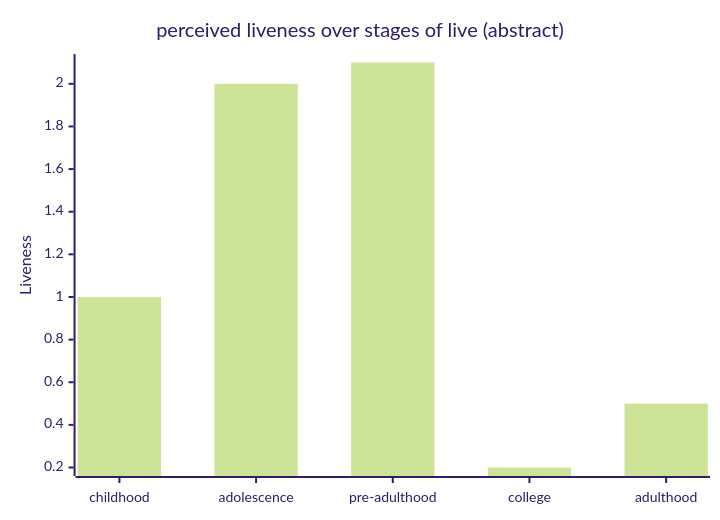
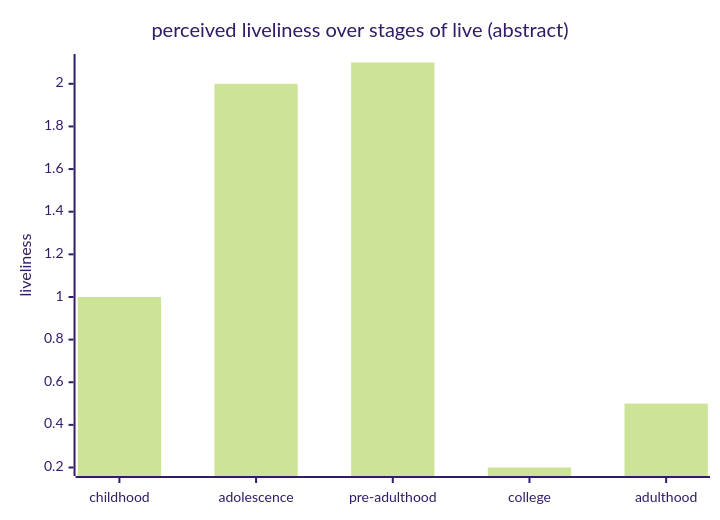
The first of 2 diagrams in content/posts/possible-solution-for-boredom.md (brightprogrammer/brightprogrammer.github.io), drawn with Mermaid (forest theme) before and after one commit. The commit also changed other lines of this file, not shown here.

````diff
--- a/content/posts/possible-solution-for-boredom.md
+++ b/content/posts/possible-solution-for-boredom.md
@@ -96,7 +99,7 @@
 ```mermaid
 xychart-beta
-    title "perceived liveness over stages of live (abstract)"
+    title "perceived liveliness over stages of live (abstract)"
     x-axis ["childhood", "adolescence", "pre-adulthood", "college", "adulthood"]
-    y-axis "Liveness"
+    y-axis "liveliness"
     bar [1, 2, 2.1, 0.2, 0.5]
 ```
````
